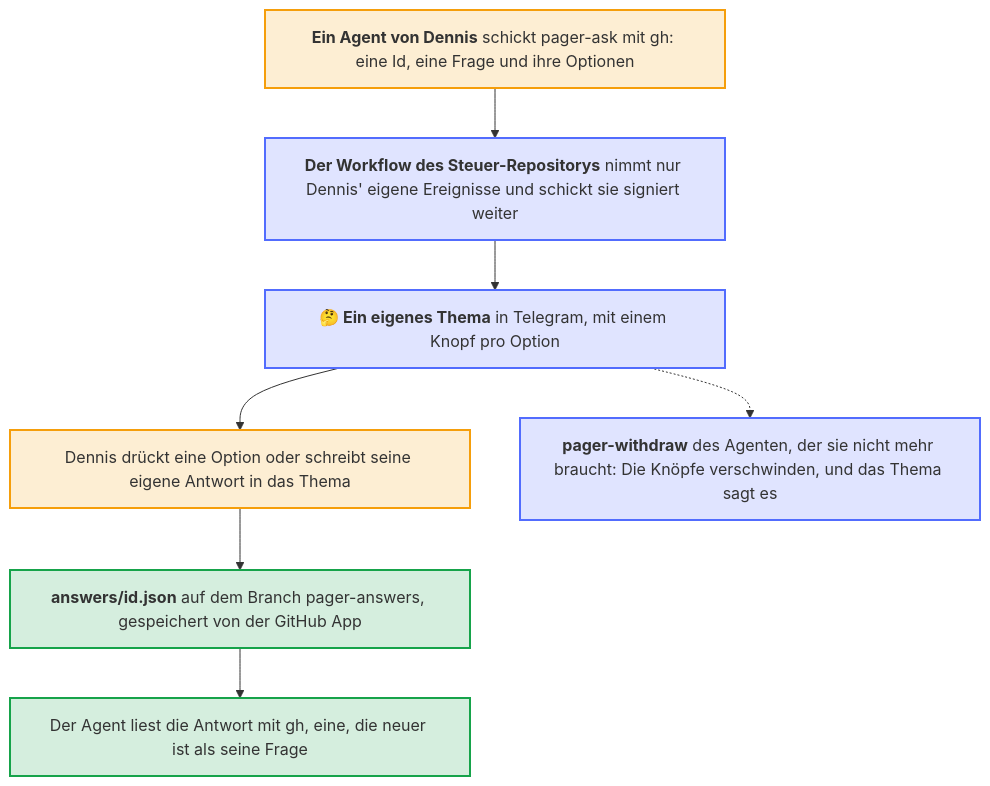
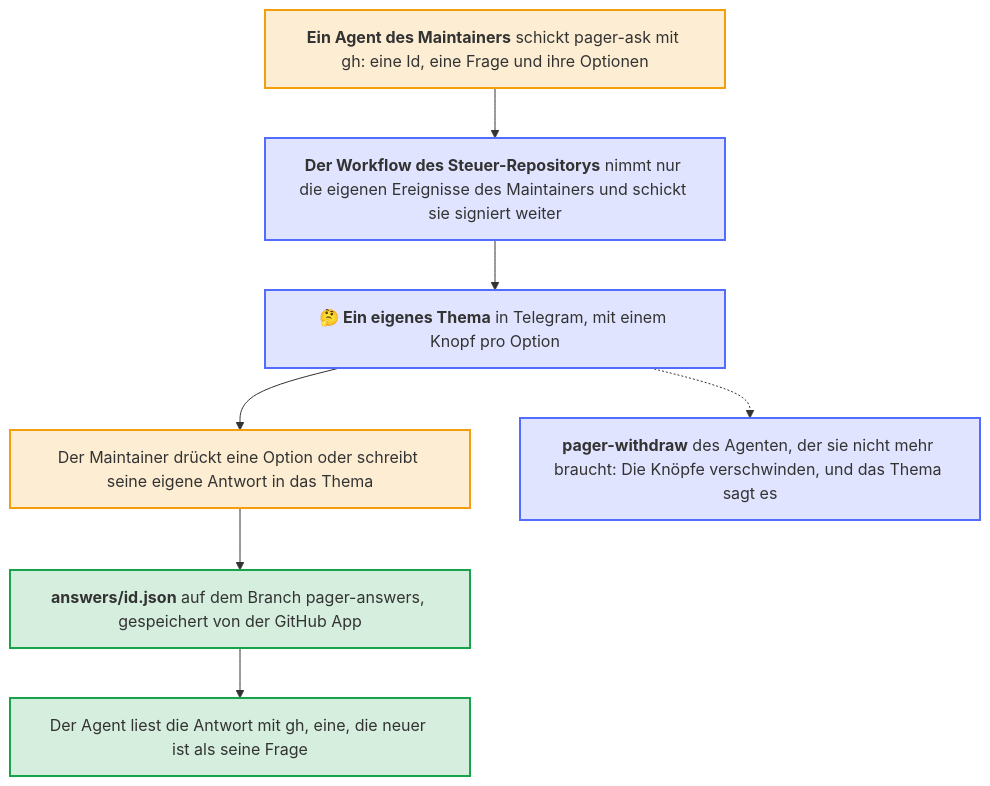
Before and after one commit to Dennis-Otto/dennis-otto-pager: the diagram in docs/diagrams/a-question-of-an-agent.de.mmd, drawn with Mermaid. The commit also changed 146 other files, not shown here.

First line of the commit message:
feat: Dennis Otto Pager is now Repo Pager, a pager that anyone runs for their own repositories (#110)

```diff
--- a/docs/diagrams/a-question-of-an-agent.de.mmd
+++ b/docs/diagrams/a-question-of-an-agent.de.mmd
@@ -1,26 +1,26 @@
 ---
 config:
   flowchart:
     wrappingWidth: 400
 ---
 flowchart TB
     accTitle: Die Frage eines Agenten
-    accDescr: Ein Agent von Dennis, etwa ein Orchestrator auf seinem PC, schickt das Ereignis pager-ask mit gh an das private Steuer-Repository, mit einer Id, einer Frage und zwei bis vier Optionen. Dessen Workflow nimmt nur ein Ereignis von Dennis selbst, prüft es und schickt es signiert an den Worker. Der Pager öffnet ein Thema für die Frage, mit einem Knopf pro Option. Dennis drückt einen oder schreibt seine eigene Antwort in das Thema, und die GitHub App speichert sie als answers/id.json auf dem Branch pager-answers des Steuer-Repositorys. Der Agent liest sie dort mit gh, ohne ein eigenes Geheimnis, und wait nimmt nur eine Antwort, die neuer ist als die Frage. Ein Agent, der die Antwort nicht mehr braucht, schickt pager-withdraw: Die Knöpfe verschwinden, und das Thema sagt, dass er die Frage zurückgenommen hat.
+    accDescr: Ein Agent des Maintainers, etwa ein Orchestrator auf seinem PC, schickt das Ereignis pager-ask mit gh an das private Steuer-Repository, mit einer Id, einer Frage und zwei bis vier Optionen. Dessen Workflow nimmt nur ein Ereignis des Maintainers selbst, prüft es und schickt es signiert an den Worker. Der Pager öffnet ein Thema für die Frage, mit einem Knopf pro Option. Der Maintainer drückt einen oder schreibt seine eigene Antwort in das Thema, und die GitHub App speichert sie als answers/id.json auf dem Branch pager-answers des Steuer-Repositorys. Der Agent liest sie dort mit gh, ohne ein eigenes Geheimnis, und wait nimmt nur eine Antwort, die neuer ist als die Frage. Ein Agent, der die Antwort nicht mehr braucht, schickt pager-withdraw: Die Knöpfe verschwinden, und das Thema sagt, dass er die Frage zurückgenommen hat.
 
-    agent["`**Ein Agent von Dennis** schickt pager-ask mit gh: eine Id, eine Frage und ihre Optionen`"]
-    control["`**Der Workflow des Steuer-Repositorys** nimmt nur Dennis' eigene Ereignisse und schickt sie signiert weiter`"]
+    agent["`**Ein Agent des Maintainers** schickt pager-ask mit gh: eine Id, eine Frage und ihre Optionen`"]
+    control["`**Der Workflow des Steuer-Repositorys** nimmt nur die eigenen Ereignisse des Maintainers und schickt sie signiert weiter`"]
     topic["`**🤔 Ein eigenes Thema** in Telegram, mit einem Knopf pro Option`"]
-    press["Dennis drückt eine Option oder schreibt seine eigene Antwort in das Thema"]
+    press["Der Maintainer drückt eine Option oder schreibt seine eigene Antwort in das Thema"]
     saved["`**answers/id.json** auf dem Branch pager-answers, gespeichert von der GitHub App`"]
     read["Der Agent liest die Antwort mit gh, eine, die neuer ist als seine Frage"]
     back["`**pager-withdraw** des Agenten, der sie nicht mehr braucht: Die Knöpfe verschwinden, und das Thema sagt es`"]
 
     agent --> control --> topic --> press --> saved --> read
     topic -.-> back
 
     classDef you fill:#f59e0b2e,stroke:#f59e0b,stroke-width:2px
     classDef bot fill:#526cfe2e,stroke:#526cfe,stroke-width:2px
     classDef done fill:#16a34a2e,stroke:#16a34a,stroke-width:2px
     class agent,press you
     class control,topic,back bot
     class saved,read done
```
